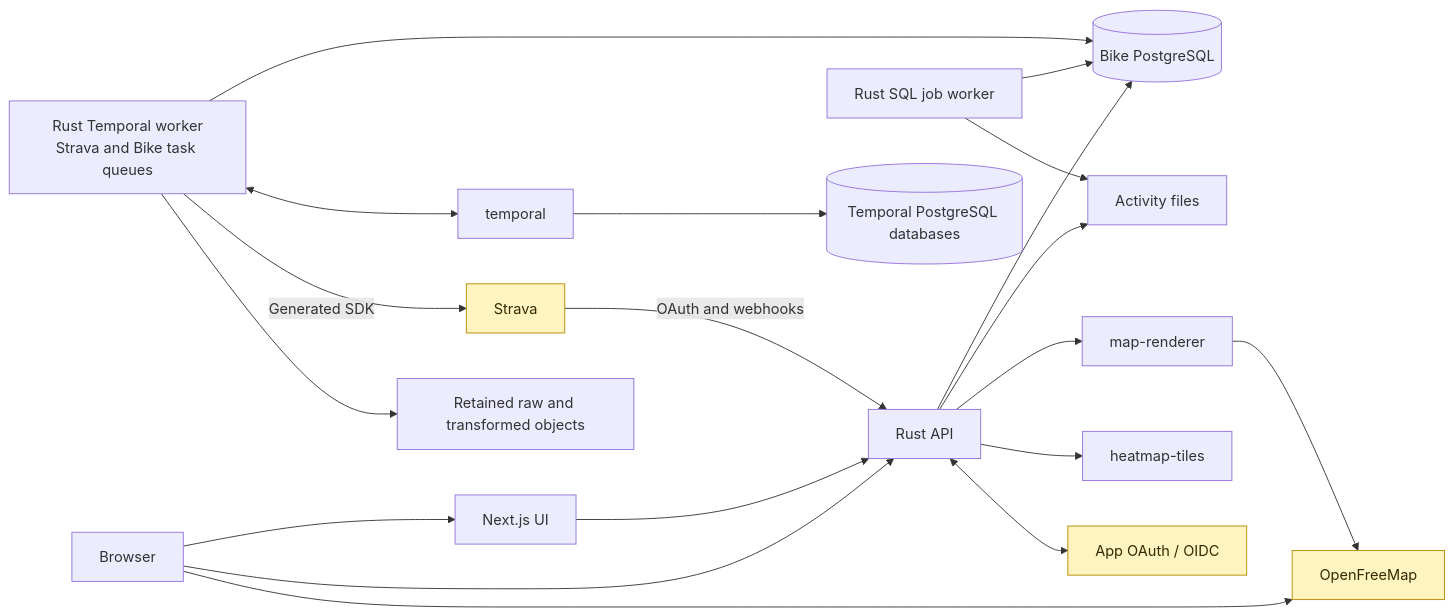
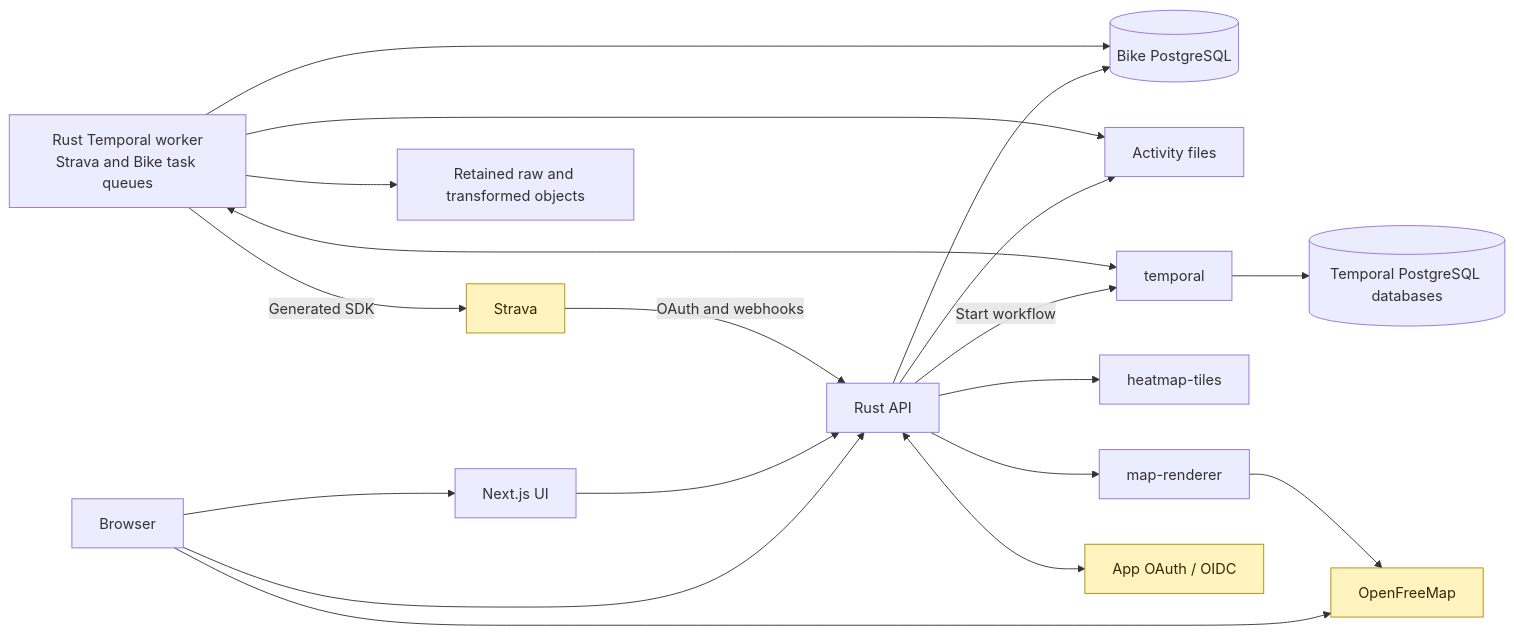
One commit to ericbutera/bike changed the diagram in docs/architecture.md. Above: the diagram before and after it, drawn with Mermaid. The commit also changed other lines of this file and 11 other files, not shown here.

````diff
--- a/docs/architecture.md
+++ b/docs/architecture.md
@@ -10,24 +10,24 @@
 ```mermaid
 flowchart LR
     Browser[Browser] --> UI[Next.js UI]
     Browser --> API[Rust API]
     UI --> API
     API --> DB[(Bike PostgreSQL)]
-    Worker[Rust SQL job worker] --> DB
     API --> Files[Activity files]
-    Worker --> Files
     API --> Maps["map-renderer"]
     API --> HeatmapTiles["heatmap-tiles"]
     Strava[Strava] -->|OAuth and webhooks| API
     TemporalWorker["Rust Temporal worker<br/>Strava and Bike task queues"] --> DB
+    API -->|Start workflow| Temporal
+    TemporalWorker --> Files
     TemporalWorker <--> Temporal["temporal"]
     Temporal --> TemporalDB[(Temporal PostgreSQL databases)]
     TemporalWorker -->|Generated SDK| Strava
     TemporalWorker --> ProviderObjects[Retained raw and transformed objects]
     API <--> OAuth["App OAuth / OIDC"]
     Browser --> OpenMaps["OpenFreeMap"]
     Maps --> OpenMaps
 
     classDef thirdParty fill:#fff3bf,stroke:#b58b00,color:#332b00
     class OAuth,Strava,OpenMaps thirdParty
 ```
````
